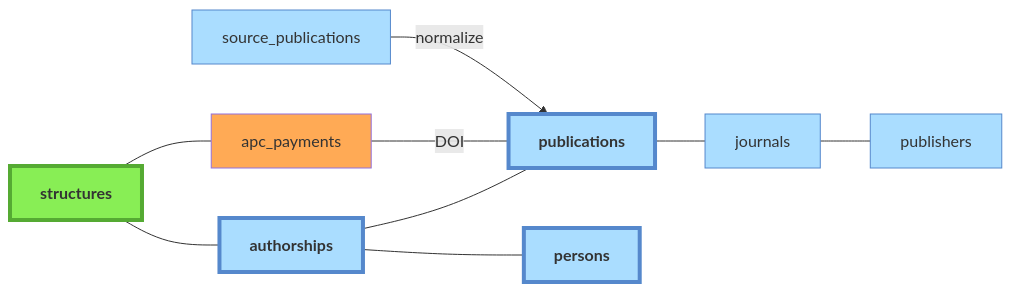
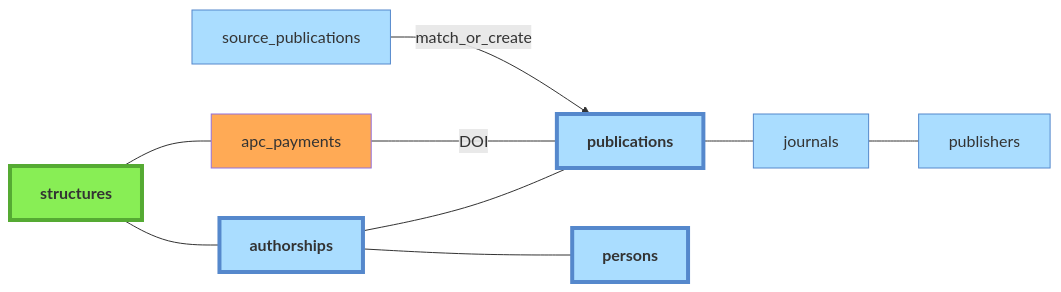
One commit to Y33sha/bibliometrie-uca changed the fourth of 5 diagrams in docs/donnees.md. Above: the diagram before and after it, drawn with Mermaid. The commit also changed other lines of this file and 7 other files, not shown here.

````diff
--- a/docs/donnees.md
+++ b/docs/donnees.md
@@ -134,21 +134,21 @@
 ```mermaid
 flowchart LR
     structures --- authorships
     authorships --- publications
     authorships --- persons
     structures --- apc_payments
     apc_payments ---|DOI| publications
-    source_publications-->|normalize|publications
+    source_publications-->|match_or_create|publications
     publications---journals
     journals---publishers
 
     classDef manuel  fill:#8e5,stroke:#5a3
     class structures,structure_name_forms,perimeters,structure_relations manuel;
     classDef csv fill:#fa5
     class apc_payments csv
     classDef auto fill:#adf,stroke:#58c
     class source_publications,publications,journals,publishers,authorships,persons auto
     classDef main stroke-width:4px,font-weight:bold
     class structures,publications,persons,authorships main
 
 ```
````
